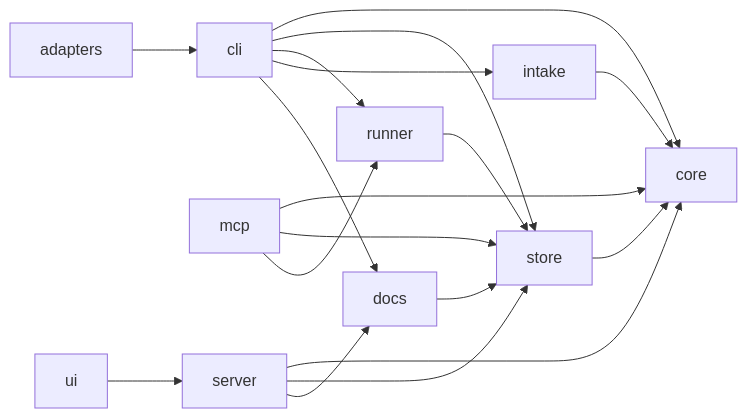
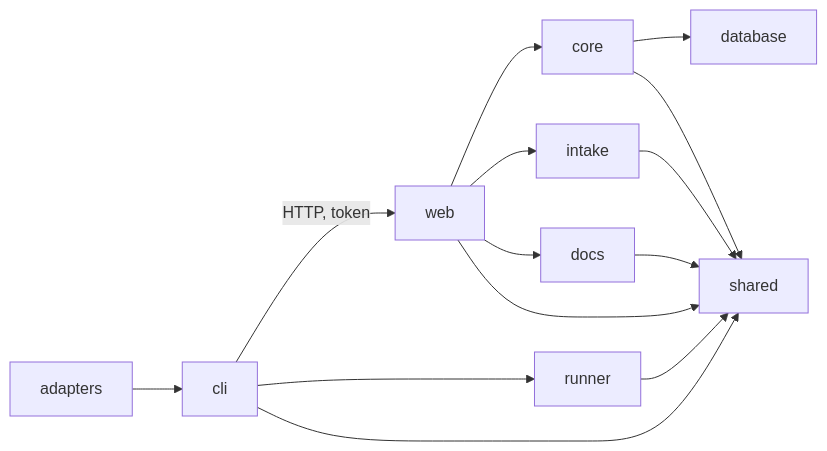
The diagram in docs/prd/09-architecture-roadmap.md (srnakyo/lastro), drawn with Mermaid before and after one commit. The commit also changed other lines of this file and 128 other files, not shown here.

First line of the commit message:
Phase 1: monorepo foundation, database, contracts and core services

````diff
--- a/docs/prd/09-architecture-roadmap.md
+++ b/docs/prd/09-architecture-roadmap.md
@@ -27,20 +26,16 @@
 ```mermaid
 flowchart LR
-  cli --> core
-  cli --> store
-  mcp --> core
-  mcp --> store
-  server --> core
-  server --> store
-  ui --> server
+  web --> core
+  web --> intake
+  web --> docs
+  core --> database
+  core --> shared
+  web --> shared
+  cli -- "HTTP, token" --> web
   cli --> runner
-  mcp --> runner
-  cli --> intake
-  cli --> docs
-  server --> docs
-  runner --> store
-  intake --> core
-  docs --> store
-  store --> core
+  cli --> shared
+  runner --> shared
+  intake --> shared
+  docs --> shared
   adapters --> cli
 ```
````
